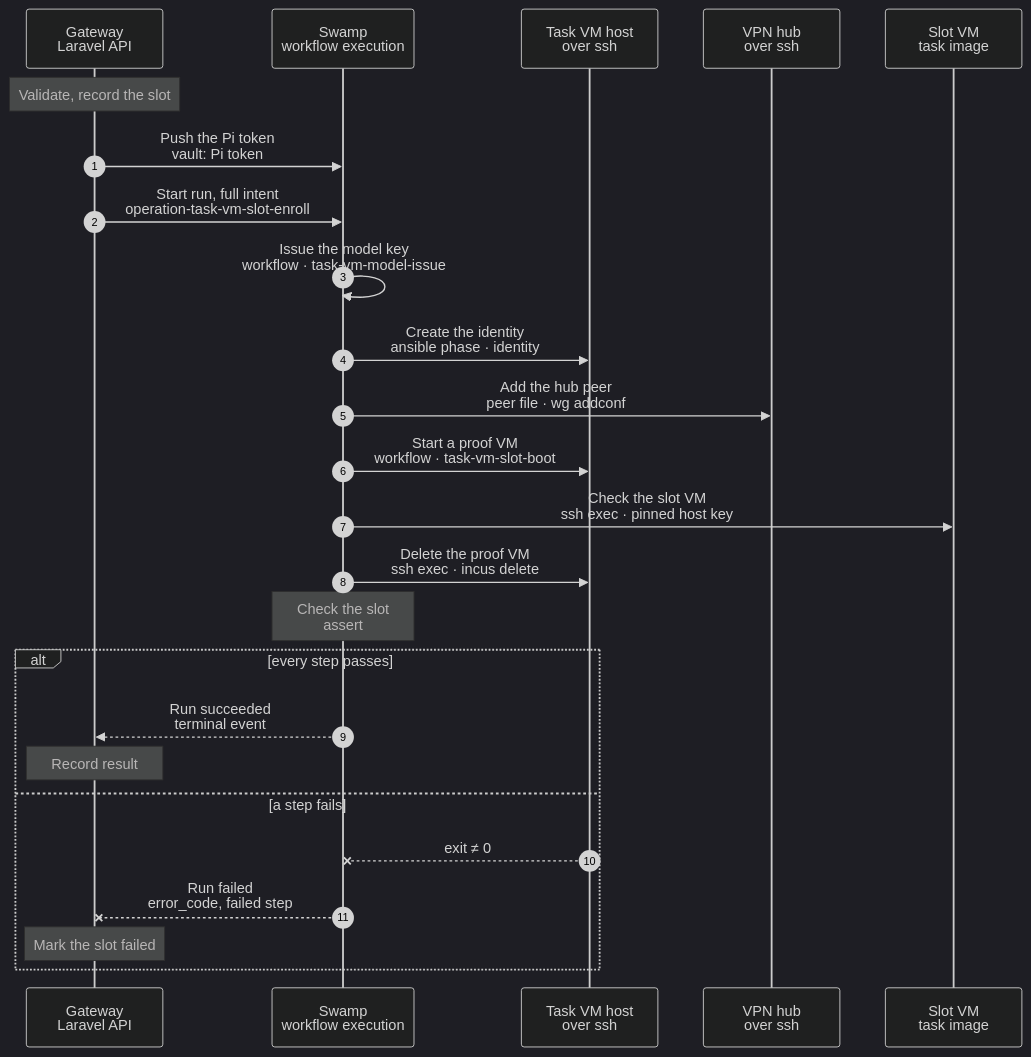
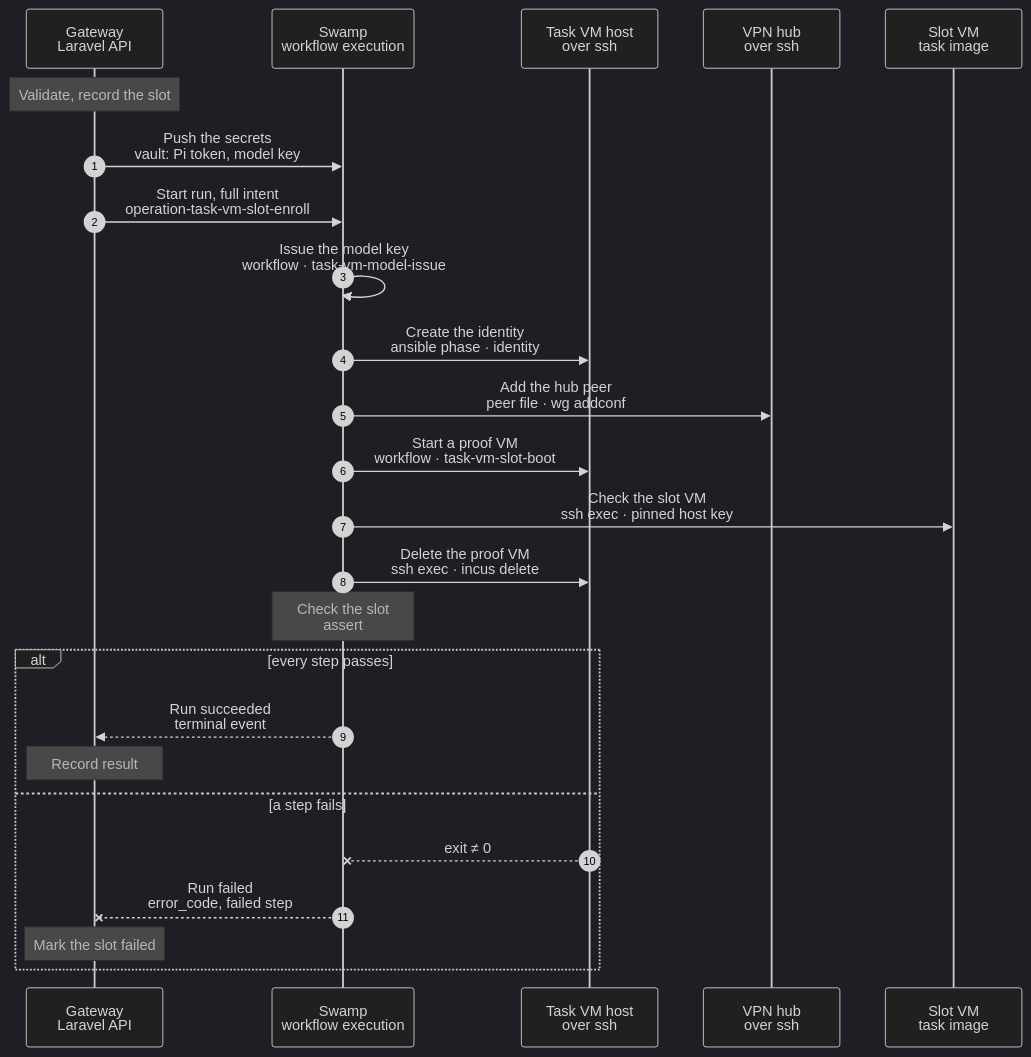
One commit to hardimpactdev/orbit changed the diagram in docs/cli/tasks/vm-slot-enroll.mmd. Above: the diagram before and after it, drawn with Mermaid (dark theme). The commit also changed 14 other files, not shown here.

Commit message:
fix(task-vm): clean up the proof VM on failure, wait for the guest, fail a stale slot loudly

```diff
--- a/docs/cli/tasks/vm-slot-enroll.mmd
+++ b/docs/cli/tasks/vm-slot-enroll.mmd
@@ -1,115 +1,120 @@
 sequenceDiagram
   %% Target design: B6 slot design (migration-dashboard/drafts/task-vm-slots.md, M1), docs/reference/compute-drivers.md (Task VM slots), docs/reference/node-provisioning.md, DECISIONS R1-R4.
   %% Tightened: flow-tighten rules 1, 3, 6, 9, 18, 20, 22 (the host work is one Ansible phase; the hub peer and the model key reuse the existing steps, the model key issued once by the workflow; one end check).
   %% status: reviewed
   %% command: none · enrol one task VM slot
   %% kind: task_vm.slot_enroll
   autonumber
   %% lane GW icon=gateway pill=intent tone=blue
   %% lane SW icon=workflow pill=executes tone=green
   %% lane H icon=server pill=target tone=amber
   %% lane HUB icon=server pill=target tone=purple
   %% lane VM icon=server pill=target tone=purple
   participant GW as Gateway<br/>Laravel API
   participant SW as Swamp<br/>workflow execution
   participant H as Task VM host<br/>over ssh
   participant HUB as VPN hub<br/>over ssh
   participant VM as Slot VM<br/>task image
   Note over GW: Validate, record the slot
   %%> Started by:
   %%> - `node:update` when it raises the slot count of a task VM host, and the host-add flow
-  %%> - there is no CLI command of its own
+  %%> - there is no CLI command of its own; an operator runs `php artisan task-vms:enroll-slot HOST N` on the Gateway
   %%> Requirements:
   %%> - the host is an active task VM host
   %%> - the reserved WireGuard range has a free address
   %%> - no other task holds the slot
   %%> Result:
   %%> - a slot row named `HOST-tvm-N`, state `provisioning`, with its WireGuard address, static bridge address and fixed MAC
-  %%> - a Node with the `app-dev` role, the `pi-server` Process and a Pi token
+  %%> - a Node with the `app-dev` role, the `pi-server` Process, a Pi token and a model key, made once and kept encrypted on the row
   %%> - a task is recorded with the full intent
-  GW->>SW: Push the Pi token<br/>vault: Pi token
+  GW->>SW: Push the secrets<br/>vault: Pi token, model key
   %%> Why:
   %%> - secrets go Gateway → vault → step; the run inputs hold only vault key names
-  %%> Not included:
-  %%> - the model key: the workflow step issues it (below), so the Gateway never makes, holds or pushes it
+  %%> - the Gateway also pushes the model router credentials, as the model issue needs them
+  %%> The model key:
+  %%> - the Gateway makes and holds it, because the router teardown fence (`ai_router.keys_outstanding`) and the revoke at slot retire read it from the row
   GW->>SW: Start run, full intent<br/>operation-task-vm-slot-enroll
   %%> Inputs:
   %%> - the slot name, host, project, pool and addresses
   %%> - the hub peer and the files of the identity tree, as text without secrets
   %%> - the identity revision, and the pinned observer and Pi digests
   SW->>SW: Issue the model key<br/>workflow · task-vm-model-issue
   %%> What it does:
-  %%> - makes the slot's model key and registers it with the model router
-  %%> - the key stays in the run and goes only into the identity volume, as part of `models.json`
+  %%> - registers the slot's model key with the model router; the key comes from the vault copy of the step above
+  %%> - the key goes into the identity volume as part of `models.json`
   %%> Why first:
-  %%> - the identity step below writes the key; the Gateway pushes no model key to the vault
+  %%> - the identity step below writes the key, so the router must know it before a VM can use it
   %%> Revoke:
   %%> - the key is revoked when the slot is retired, not when a task ends
   SW->>H: Create the identity<br/>ansible phase · identity
   %%> What it does:
   %%> - creates the volume `HOST-tvm-N-identity`
   %%> - makes the WireGuard key pair, the SSH host keys and the observer secret in a private temporary folder, and moves them into the volume
   %%> - writes the identity tree and `REVISION` from the vault Pi token and the model key of the step above
   %%> - prints only the WireGuard public key, the host key fingerprints and the sha256 of the observer secret
   %%> Why one phase:
   %%> - volume, keys and files are idempotent state with lists (rule 22)
   %%> Retry:
   %%> - a key or secret that exists is never made again, so a rerun keeps the slot identity
   %%> Fixed:
   %%> - the identity is written once and never rotated; the claim only checks `REVISION`
   %%> Not included:
   %%> - a private key never reaches Swamp, the Gateway or the vault
   SW->>HUB: Add the hub peer<br/>peer file · wg addconf
   %%> What it does:
   %%> - writes the slot's peer file from the public key of the identity step and reloads the hub
   %%> - the peer stays: a claim or a release never touches the hub
-  %%> When:
-  %%> - a `guard` skips it when the peer file already matches
+  %%> Idempotent:
+  %%> - one step writes the peer file only when it differs; `wg addconf` accepts a peer it already has
+  %%> - the peer list it prints is the read-back for the end check
   SW->>H: Start a proof VM<br/>workflow · task-vm-slot-boot
   %%> What it does:
-  %%> - runs the same boot steps as a claim: clone the seed, create the VM with the identity volume, start it
+  %%> - runs the same boot steps as a claim: remove a stale VM and seed clone, clone the seed, create the VM with the identity volume, start it, wait for the guest
+  %%> - a VM or clone left by an earlier attempt is never reused
   %%> Why:
   %%> - the slot counts as enrolled only when a VM with this identity comes up
   SW->>VM: Check the slot VM<br/>ssh exec · pinned host key
   %%> What it does:
   %%> - waits until `orbit-slot-identity.service` has finished (`systemctl is-active`), then runs one command
   %%> - the observer and Pi binaries match their pinned digests
   %%> - the observer answers, and Pi answers its capabilities probe
   %%> - the SSH host key equals the one the identity step printed
   %%> Why:
   %%> - the Incus agent answers about 4 s before the unit finishes, so it is not the signal
   SW->>H: Delete the proof VM<br/>ssh exec · incus delete
   %%> What it does:
   %%> - deletes the VM and its seed clone
   %%> - keeps the identity volume
+  %%> When:
+  %%> - it runs also when the boot or the check failed, so a failed run leaves no proof VM behind
   Note over SW: Check the slot<br/>assert
   %%> End check:
   %%> - a native `assert` over the step results
   %%> - the volume holds the expected `REVISION`
   %%> - the hub lists the peer
   %%> - the proof VM passed, and the VM and seed clone are gone
   alt every step passes
     SW-->>GW: Run succeeded<br/>terminal event
     %%> How the Gateway learns it:
     %%> - its run reader sees the terminal event; Swamp never calls the Gateway
     Note over GW: Record result
     %%> Result:
     %%> - records the WireGuard public key, the SSH host key, the observer digest and the identity revision
     %%> - the Node becomes `Active`
     %%> - the slot becomes `free`
     %%> - the task succeeds
   else a step fails
     H--xSW: exit ≠ 0
     %%> When:
     %%> - a host command, the hub reload, the model issue, the proof VM or the end check fails
     SW--xGW: Run failed<br/>error_code, failed step
     Note over GW: Mark the slot failed
     %%> Result:
-    %%> - the slot is `failed`, so no claim can take it, and an alert fires
+    %%> - the slot is `failed`, so no claim can take it; the failed Operation is the signal, and no alert fires
     %%> - the task fails
     %%> On the host:
     %%> - the volume, the hub peer and the keys stay; there is no rollback
-    %%> - a proof VM that is left is a stray, and the host sweep removes it
+    %%> - the proof VM and its seed clone are deleted; one left by a crash is removed by the next boot, and the sweep does not report slot names as strays
     %%> Retry:
     %%> - run the enrolment again after fixing the cause; it keeps the keys and skips finished steps
   end
```
